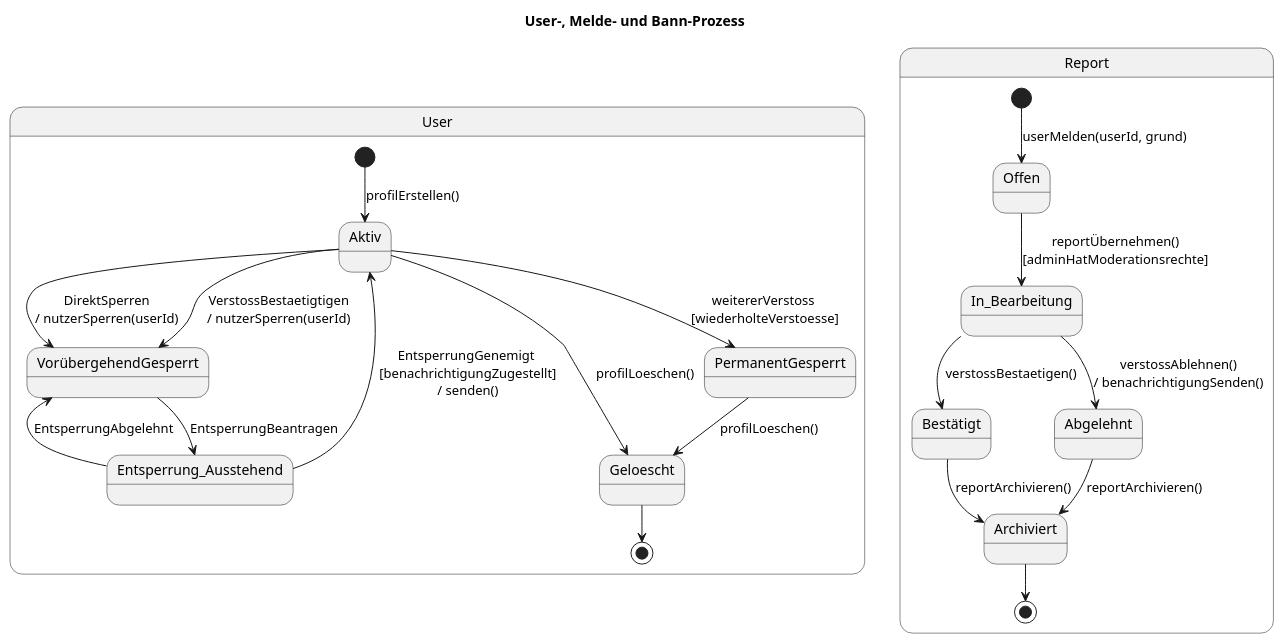
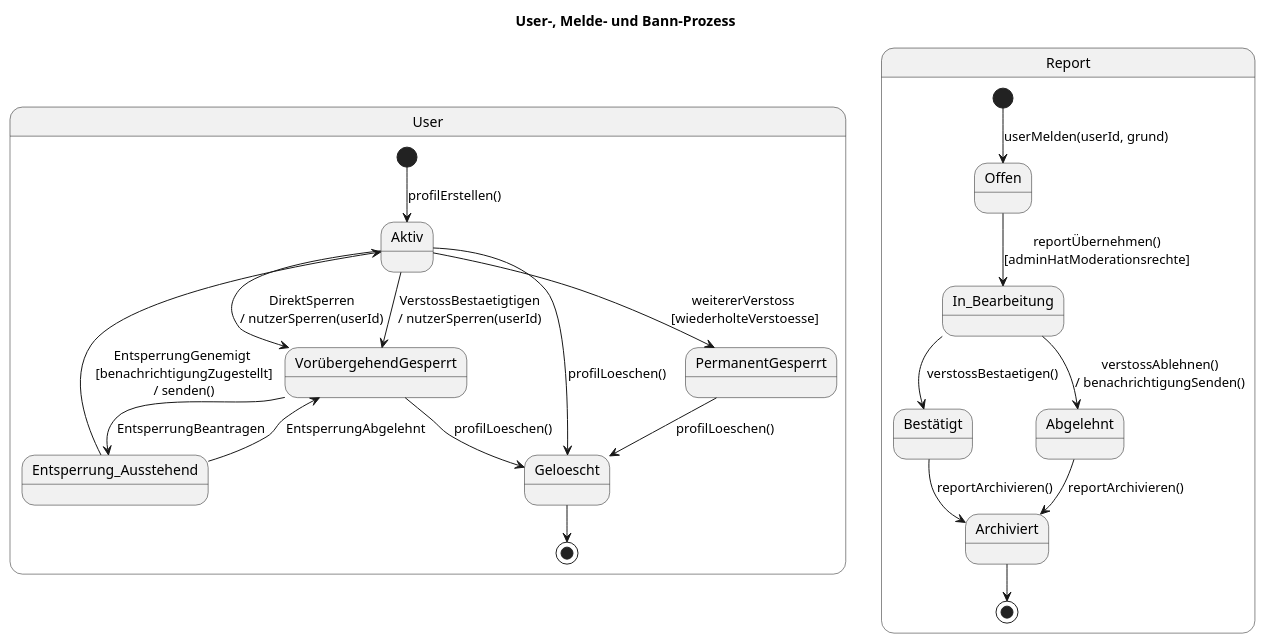
The diagram in melde_bann.puml (pxrzivaldev/TeamProjektUML), drawn with PlantUML before and after one commit. The commit also changed 1 other file, not shown here.

```diff
--- a/melde_bann.puml
+++ b/melde_bann.puml
@@ -1,47 +1,49 @@
 @startuml User_Melden_Bannen
 
 title User-, Melde- und Bann-Prozess
 
 state "User" as User {
 
   [*] --> Aktiv : profilErstellen()
 
   Aktiv --> VorübergehendGesperrt : VerstossBestaetigtigen\n/ nutzerSperren(userId)
 
   Aktiv --> VorübergehendGesperrt : DirektSperren\n/ nutzerSperren(userId)
 
   VorübergehendGesperrt --> Entsperrung_Ausstehend : EntsperrungBeantragen
+  
+  VorübergehendGesperrt --> Geloescht : profilLoeschen()
 
   Aktiv --> PermanentGesperrt : weitererVerstoss \n[wiederholteVerstoesse]
 
   Entsperrung_Ausstehend --> Aktiv : EntsperrungGenemigt \n [benachrichtigungZugestellt] \n/ senden()
 
   Entsperrung_Ausstehend --> VorübergehendGesperrt : EntsperrungAbgelehnt
 
   Aktiv --> Geloescht : profilLoeschen()
 
   PermanentGesperrt --> Geloescht : profilLoeschen()
 
   Geloescht --> [*]
 
 }
 
 state "Report" as Report {
 
   [*] --> Offen : userMelden(userId, grund)
 
   Offen --> In_Bearbeitung : reportÜbernehmen()\n[adminHatModerationsrechte]
 
   In_Bearbeitung --> Bestätigt : verstossBestaetigen()
 
   In_Bearbeitung --> Abgelehnt : verstossAblehnen()\n/ benachrichtigungSenden()
 
   Bestätigt --> Archiviert : reportArchivieren()
 
   Abgelehnt --> Archiviert : reportArchivieren()
 
   Archiviert --> [*]
 
 }
 
 @enduml
```
